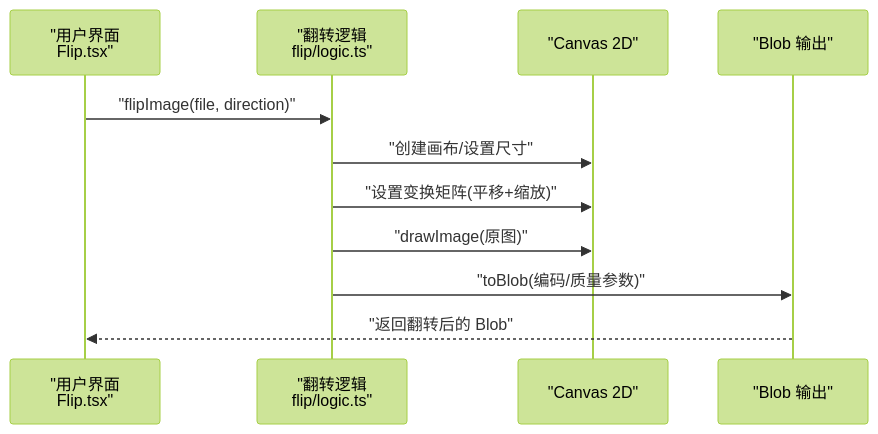
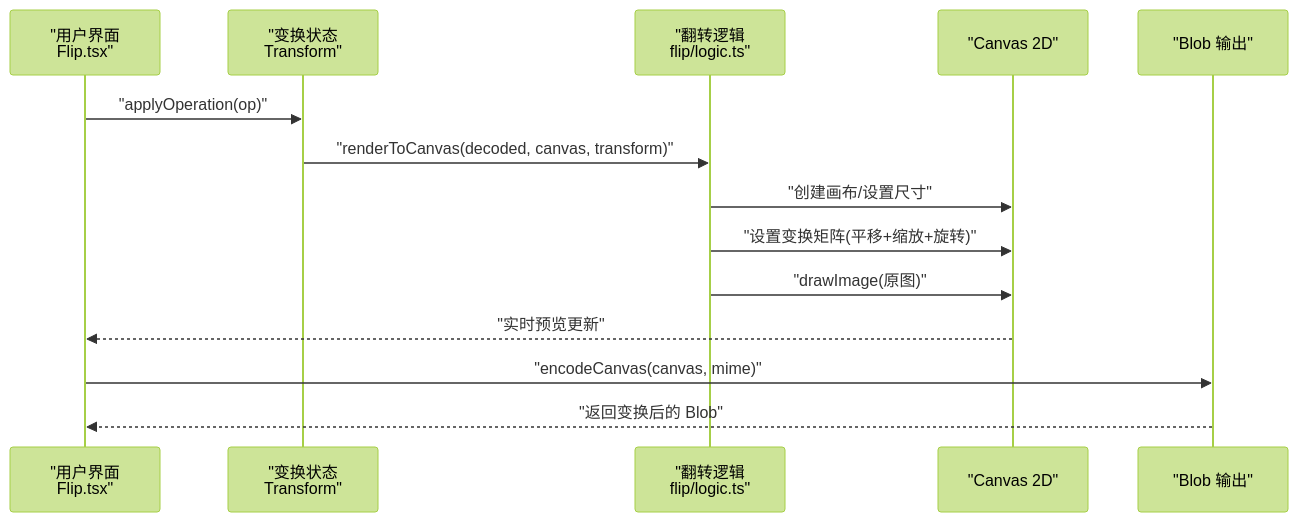
Before and after one commit to sgyy/privadeck: the second of 6 diagrams in .qoder/repowiki/zh/content/图像工具/图像变换.md, drawn with Mermaid (forest theme). The commit also changed other lines of this file and 27 other files, not shown here.

````diff
--- a/.qoder/repowiki/zh/content/图像工具/图像变换.md
+++ b/.qoder/repowiki/zh/content/图像工具/图像变换.md
@@ -111,13 +123,16 @@
 ```mermaid
 sequenceDiagram
 participant U as "用户界面<br/>Flip.tsx"
+participant T as "变换状态<br/>Transform"
 participant L as "翻转逻辑<br/>flip/logic.ts"
 participant C as "Canvas 2D"
 participant B as "Blob 输出"
-U->>L : "flipImage(file, direction)"
+U->>T : "applyOperation(op)"
+T->>L : "renderToCanvas(decoded, canvas, transform)"
 L->>C : "创建画布/设置尺寸"
-L->>C : "设置变换矩阵(平移+缩放)"
+L->>C : "设置变换矩阵(平移+缩放+旋转)"
 L->>C : "drawImage(原图)"
-L->>B : "toBlob(编码/质量参数)"
-B-->>U : "返回翻转后的 Blob"
+C-->>U : "实时预览更新"
+U->>B : "encodeCanvas(canvas, mime)"
+B-->>U : "返回变换后的 Blob"
 ```
````
